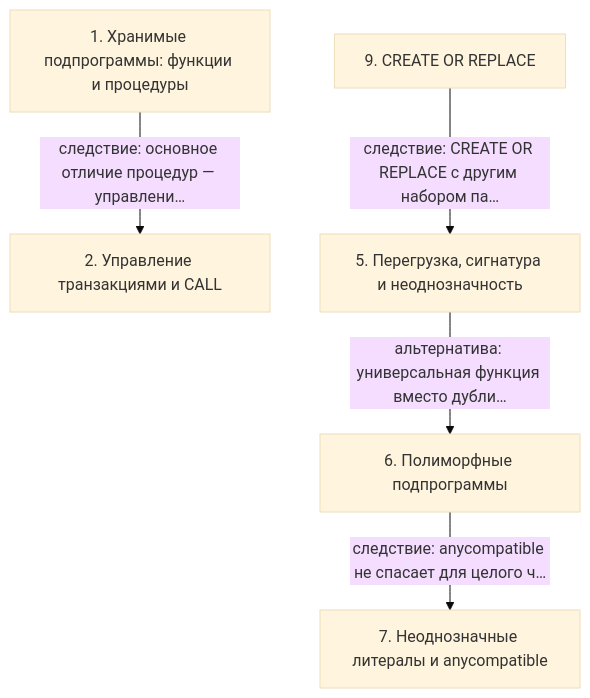
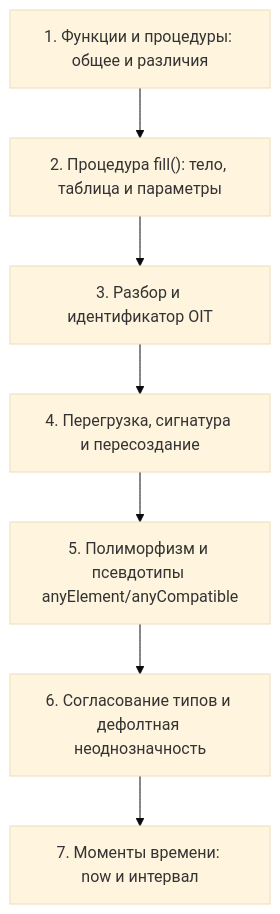
Before and after one commit to AsoloCode/notes: the diagram in postgres-dev1/10 - DEV1-16. 09. Процедуры/notes.md, drawn with Mermaid (base theme). The commit also changed other lines of this file and 503 other files, not shown here.

First line of the commit message:
Обновить конспекты PostgreSQL (QPT-16, DEV1-16): слайды, схемы, факт-чек

````diff
--- a/postgres-dev1/10 - DEV1-16. 09. Процедуры/notes.md
+++ b/postgres-dev1/10 - DEV1-16. 09. Процедуры/notes.md
@@ -128,13 +179,16 @@
 ```mermaid
 flowchart TD
-    n1["1. Хранимые подпрограммы: функции и процедуры"]
-    n2["2. Управление транзакциями и CALL"]
-    n5["5. Перегрузка, сигнатура и неоднозначность"]
-    n6["6. Полиморфные подпрограммы"]
-    n7["7. Неоднозначные литералы и anycompatible"]
-    n9["9. CREATE OR REPLACE"]
-    n1 -->|следствие: основное отличие процедур — управлени…| n2
-    n5 -->|альтернатива: универсальная функция вместо дубли…| n6
-    n6 -->|следствие: anycompatible не спасает для целого ч…| n7
-    n9 -->|следствие: CREATE OR REPLACE с другим набором па…| n5
+    n1["1. Функции и процедуры: общее и различия"]
+    n2["2. Процедура fill(): тело, таблица и параметры"]
+    n3["3. Разбор и идентификатор OIT"]
+    n4["4. Перегрузка, сигнатура и пересоздание"]
+    n5["5. Полиморфизм и псевдотипы anyElement/anyCompatible"]
+    n6["6. Согласование типов и дефолтная неоднозначность"]
+    n7["7. Моменты времени: now и интервал"]
+    n1 --> n2
+    n2 --> n3
+    n3 --> n4
+    n4 --> n5
+    n5 --> n6
+    n6 --> n7
 ```
````
